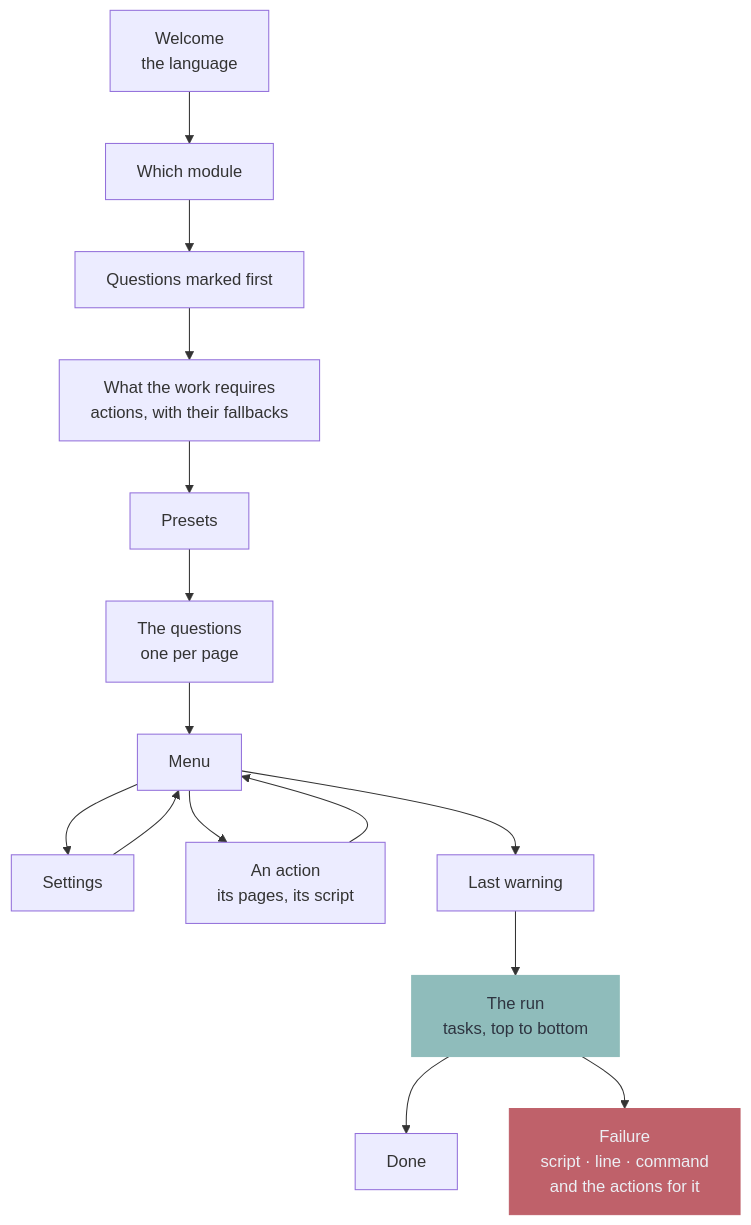
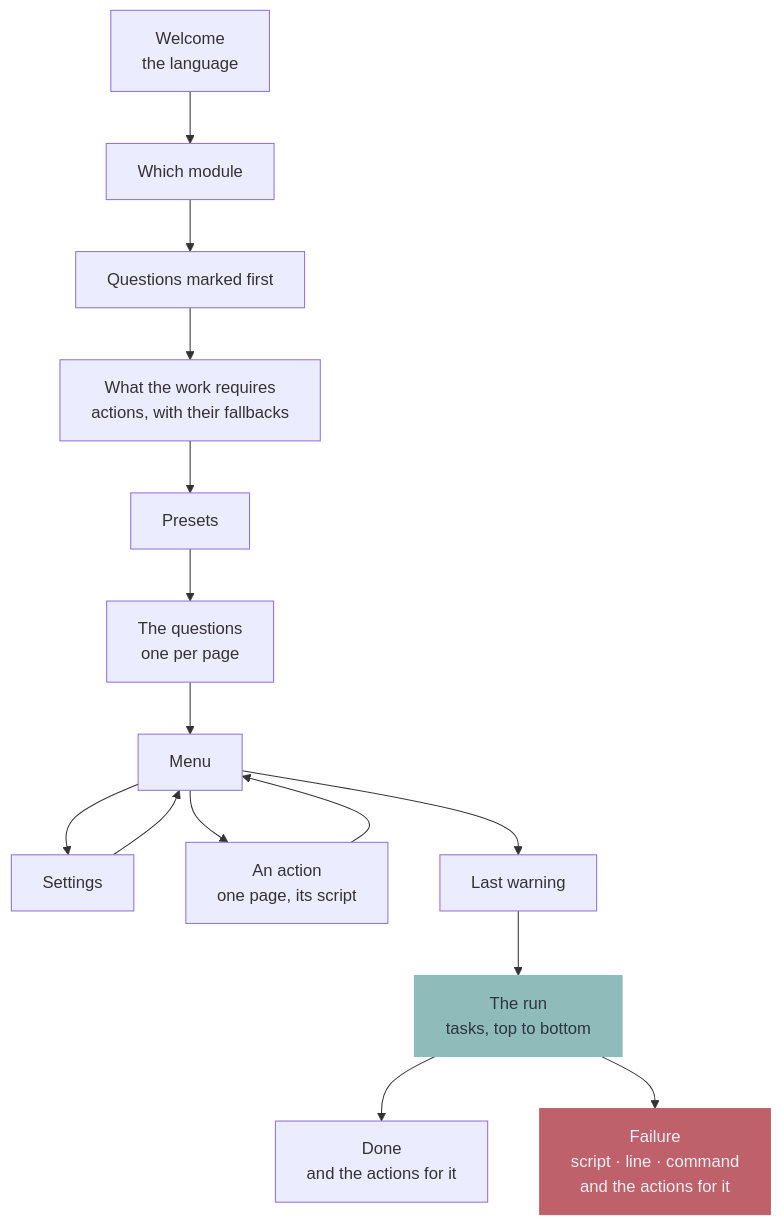
Before and after one commit to murkl/oak: the second of 3 diagrams in docs/README.md, drawn with Mermaid. The commit also changed other lines of this file and 42 other files, not shown here.

First line of the commit message:
feat!: one-page actions with fail and fallback, success rows and actions shared beside oak.yaml (#29)

````diff
--- a/docs/README.md
+++ b/docs/README.md
@@ -76,15 +77,15 @@
 ```mermaid
 flowchart TD
     L["Welcome<br/>the language"] --> W["Which module"] --> Q1["Questions marked first"]
     Q1 --> N["What the work requires<br/>actions, with their fallbacks"] --> PR["Presets"]
     PR --> Q["The questions<br/>one per page"]
     Q --> H["Menu"]
     H --> SE["Settings"] --> H
-    H --> OP["An action<br/>its pages, its script"] --> H
+    H --> OP["An action<br/>one page, its script"] --> H
     H --> CF["Last warning"] --> R["The run<br/>tasks, top to bottom"]
-    R --> OK["Done"]
+    R --> OK["Done<br/>and the actions for it"]
     R --> ER["Failure<br/>script · line · command<br/>and the actions for it"]
 
     style ER fill:#bf616a,stroke:#bf616a,color:#eceff4
     style R fill:#8fbcbb,stroke:#8fbcbb,color:#2e3440
 ```
````
